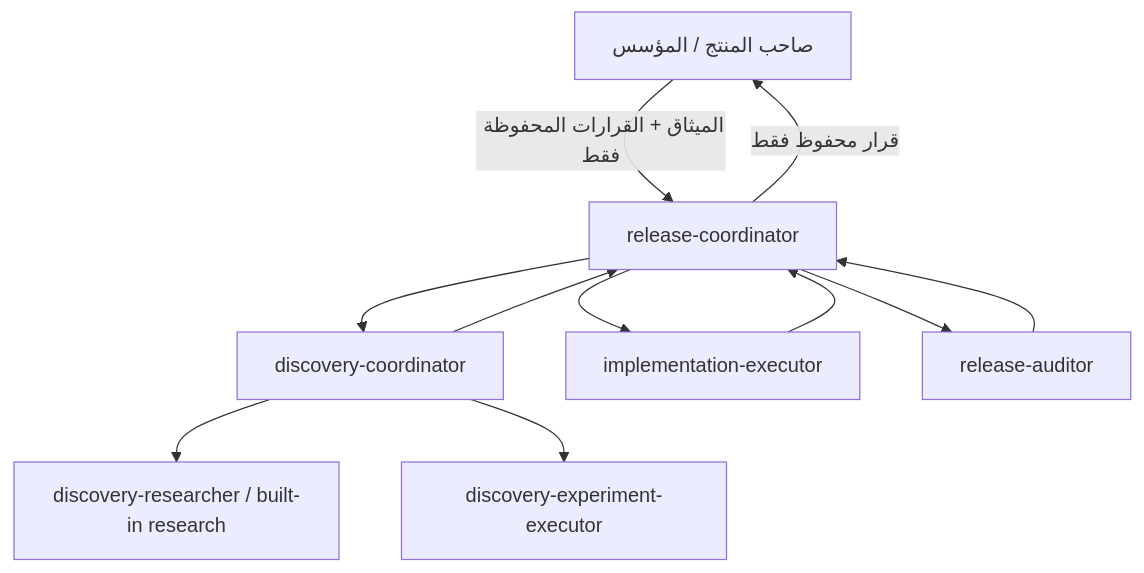
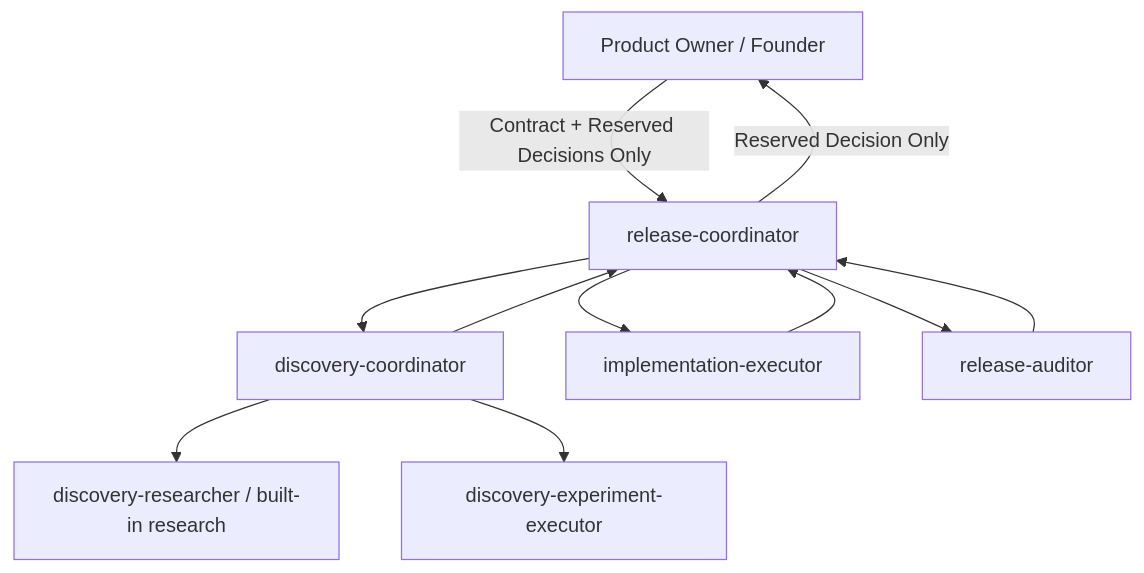
The diagram in payload/tasks/release-v0.1/02_OPERATING_MANUAL.md (labeeb-io/antigravity-agents), drawn with Mermaid before and after one commit. The commit also changed other lines of this file and 7 other files, not shown here.

````diff
--- a/payload/tasks/release-v0.1/02_OPERATING_MANUAL.md
+++ b/payload/tasks/release-v0.1/02_OPERATING_MANUAL.md
@@ -22,13 +21,13 @@
 ```mermaid
 graph TD
-    Founder["صاحب المنتج / المؤسس"] -->|"الميثاق + القرارات المحفوظة فقط"| RC["release-coordinator"]
+    Founder["Product Owner / Founder"] -->|"Contract + Reserved Decisions Only"| RC["release-coordinator"]
     RC --> DC["discovery-coordinator"]
     DC --> DR["discovery-researcher / built-in research"]
     DC --> DE["discovery-experiment-executor"]
     RC --> IE["implementation-executor"]
     RC --> RA["release-auditor"]
     DC --> RC
     IE --> RC
     RA --> RC
-    RC -->|"قرار محفوظ فقط"| Founder
+    RC -->|"Reserved Decision Only"| Founder
 ```
````
